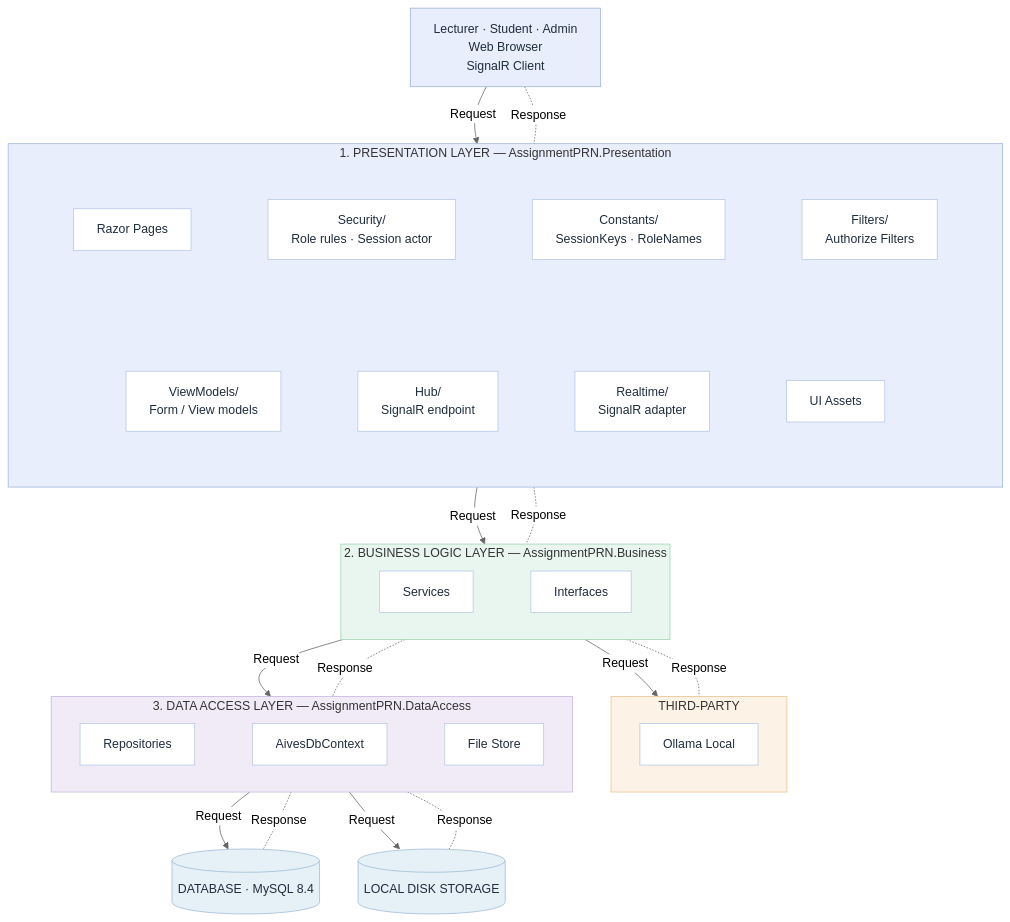
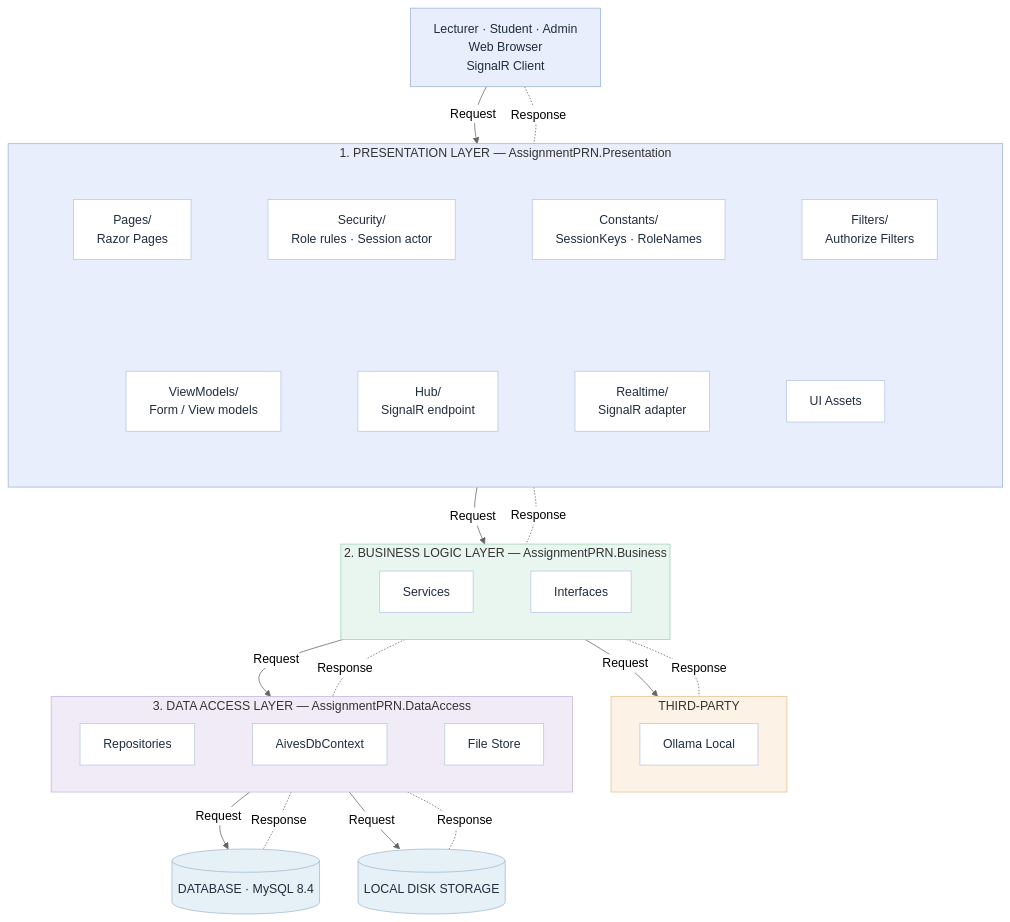
One commit to zanh154/AS2 changed the diagram in docs/kien-truc-3-tang.mmd. Above: the diagram before and after it, drawn with Mermaid (neutral theme). The commit also changed 1 other file, not shown here.

Commit message:
docs: label Razor Pages in architecture diagram

```diff
--- a/docs/kien-truc-3-tang.mmd
+++ b/docs/kien-truc-3-tang.mmd
@@ -1,60 +1,60 @@
 %% AIVES - kiến trúc 3 tầng. Dán vào draw.io: Arrange > Insert > Advanced > Mermaid.
 flowchart TB
     Browser["Lecturer · Student · Admin<br/>Web Browser<br/>SignalR Client"]
 
     subgraph P["1. PRESENTATION LAYER — AssignmentPRN.Presentation"]
         direction TB
         subgraph P1[" "]
             direction LR
-            Pages["Razor Pages"] ~~~ Security["Security/<br/>Role rules · Session actor"] ~~~ Constants["Constants/<br/>SessionKeys · RoleNames"] ~~~ Filters["Filters/<br/>Authorize Filters"]
+            Pages["Pages/<br/>Razor Pages"] ~~~ Security["Security/<br/>Role rules · Session actor"] ~~~ Constants["Constants/<br/>SessionKeys · RoleNames"] ~~~ Filters["Filters/<br/>Authorize Filters"]
         end
         subgraph P2[" "]
             direction LR
             ViewModels["ViewModels/<br/>Form / View models"] ~~~ Hub["Hub/<br/>SignalR endpoint"] ~~~ Realtime["Realtime/<br/>SignalR adapter"] ~~~ UI["UI Assets"]
         end
         P1 ~~~ P2
     end
 
     subgraph B["2. BUSINESS LOGIC LAYER — AssignmentPRN.Business"]
         direction LR
         Services["Services"] ~~~ Interfaces["Interfaces"]
     end
 
     subgraph T["THIRD-PARTY"]
         Ollama["Ollama Local"]
     end
 
     subgraph D["3. DATA ACCESS LAYER — AssignmentPRN.DataAccess"]
         direction LR
         Repo["Repositories"] ~~~ Ctx["AivesDbContext"] ~~~ Files["File Store"]
     end
 
     DB[("DATABASE · MySQL 8.4")]
     Disk[("LOCAL DISK STORAGE")]
 
     Browser -->|Request| P
     Browser <-.-|Response| P
     P -->|Request| B
     P <-.-|Response| B
     B -->|Request| T
     B <-.-|Response| T
     B -->|Request| D
     B <-.-|Response| D
     D -->|Request| DB
     D <-.-|Response| DB
     D -->|Request| Disk
     D <-.-|Response| Disk
 
     classDef card fill:#ffffff,stroke:#b7c8e6,color:#1f2d3d
     classDef client fill:#e8eefb,stroke:#9db4dc,color:#1f2d3d
     classDef store fill:#e6f0f7,stroke:#9fbcd4,color:#1f2d3d
     class Pages,Security,Constants,Filters,ViewModels,Hub,Realtime,UI card
     class Services,Interfaces,Repo,Ctx,Files,Ollama card
     class Browser client
     class DB,Disk store
     style P fill:#e8eefb,stroke:#9db4dc
     style B fill:#e9f6ef,stroke:#9fd2b4
     style D fill:#f1ebf8,stroke:#c7b4e0
     style T fill:#fcf3e6,stroke:#e8c48f
     style P1 fill:none,stroke:none
     style P2 fill:none,stroke:none
```
